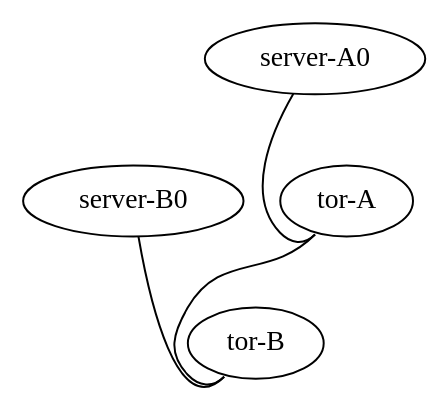
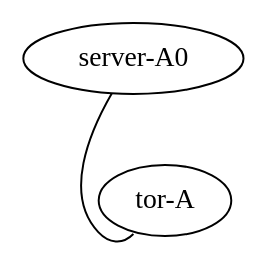
The diagram in Vagrant/Get_Started/topology.dot (datacompucrs/DataCenter-1), drawn with Graphviz before and after one commit. The commit also changed 71 other files, not shown here.

```diff
--- a/Vagrant/Get_Started/topology.dot
+++ b/Vagrant/Get_Started/topology.dot
@@ -1,12 +1,7 @@
 graph vx {
 "tor-A" [function="leaf" vagrant="eth1" os="hashicorp/bionic64" version="1.0.282" memory="500" config="./helper_scripts/config_production_switch.sh" ]
 "server-A0" [function="host" vagrant="eth3" os="hashicorp/bionic64" version="1.0.282" memory="500" config="./helper_scripts/config_production_server.sh" ]
 
-"tor-B" [function="leaf" vagrant="eth1" os="hashicorp/bionic64" version="1.0.282" memory="500" config="./helper_scripts/config_production_switch.sh" ]
-"server-B0" [function="host" vagrant="eth3" os="hashicorp/bionic64" version="1.0.282" memory="500" config="./helper_scripts/config_production_server.sh" ]
-
-"tor-A":"swp50" -- "tor-B":"swp49"
 
 "server-A0":"eth1" -- "tor-A":"swp1" [left_mac="00:01:00:11:11:01"]
-"server-B0":"eth1" -- "tor-B":"swp1" [left_mac="00:02:00:11:11:01"]
 }
```
